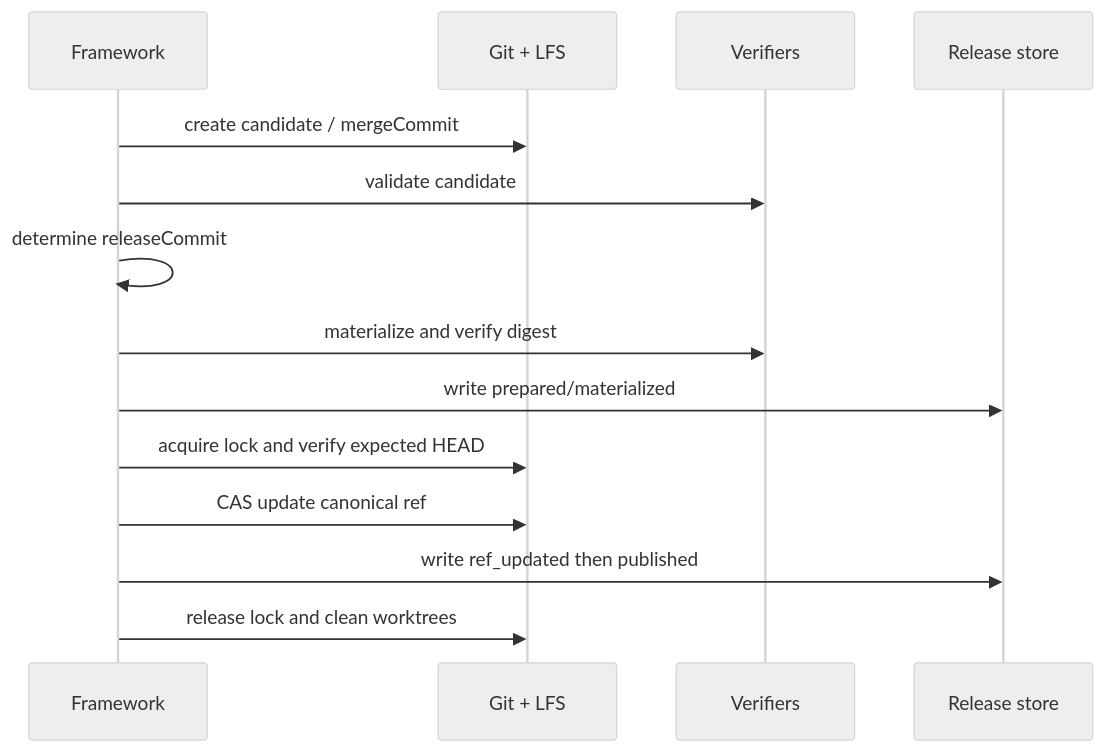
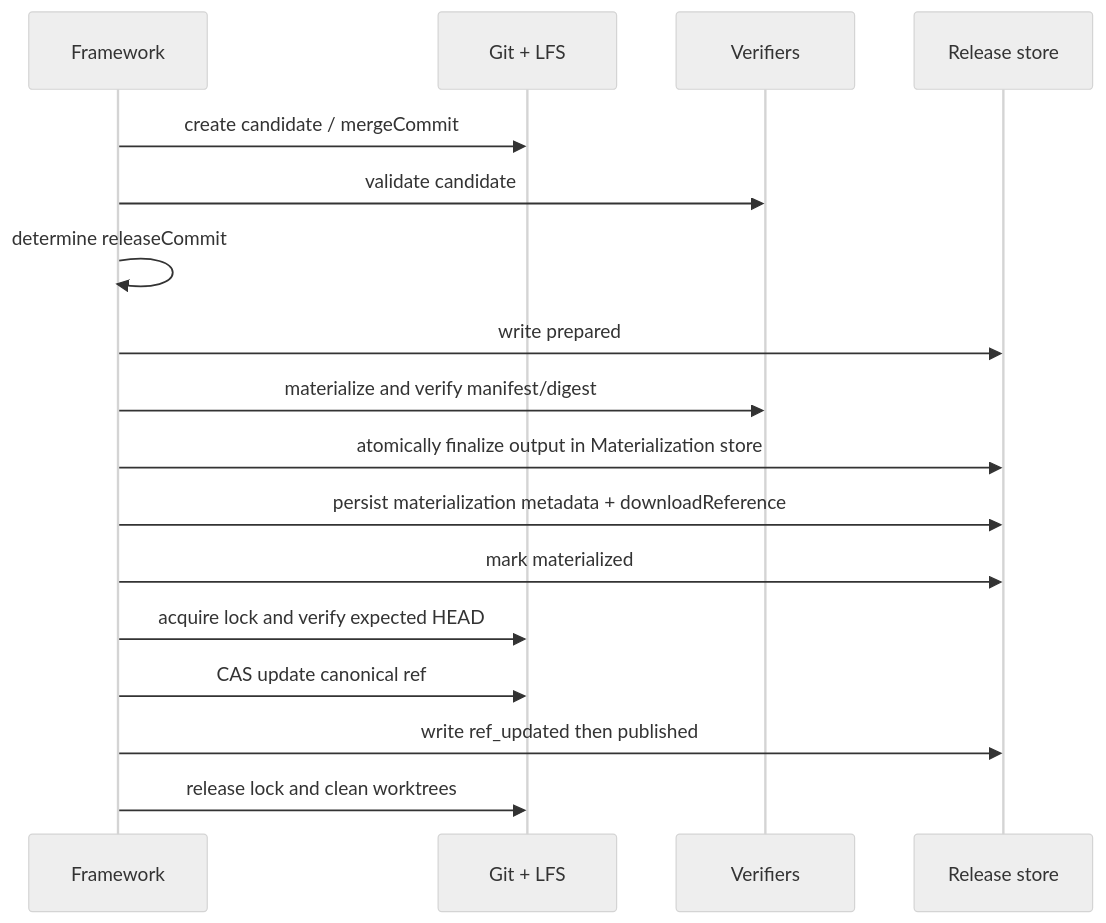
One commit to Fredericzhou/ogsystem changed the third of 3 diagrams in docs/development/v2-workspace-collaboration-design-and-acceptance.md. Above: the diagram before and after it, drawn with Mermaid (neutral theme). The commit also changed other lines of this file, not shown here.

Commit message:
docs: finalize v2 workspace collaboration design

````diff
--- a/docs/development/v2-workspace-collaboration-design-and-acceptance.md
+++ b/docs/development/v2-workspace-collaboration-design-and-acceptance.md
@@ -457,16 +567,19 @@
 ```mermaid
 sequenceDiagram
     participant F as Framework
     participant G as Git + LFS
     participant V as Verifiers
     participant S as Release store
     F->>G: create candidate / mergeCommit
     F->>V: validate candidate
     F->>F: determine releaseCommit
-    F->>V: materialize and verify digest
-    F->>S: write prepared/materialized
+    F->>S: write prepared
+    F->>V: materialize and verify manifest/digest
+    F->>S: atomically finalize output in Materialization store
+    F->>S: persist materialization metadata + downloadReference
+    F->>S: mark materialized
     F->>G: acquire lock and verify expected HEAD
     F->>G: CAS update canonical ref
     F->>S: write ref_updated then published
     F->>G: release lock and clean worktrees
 ```
````
